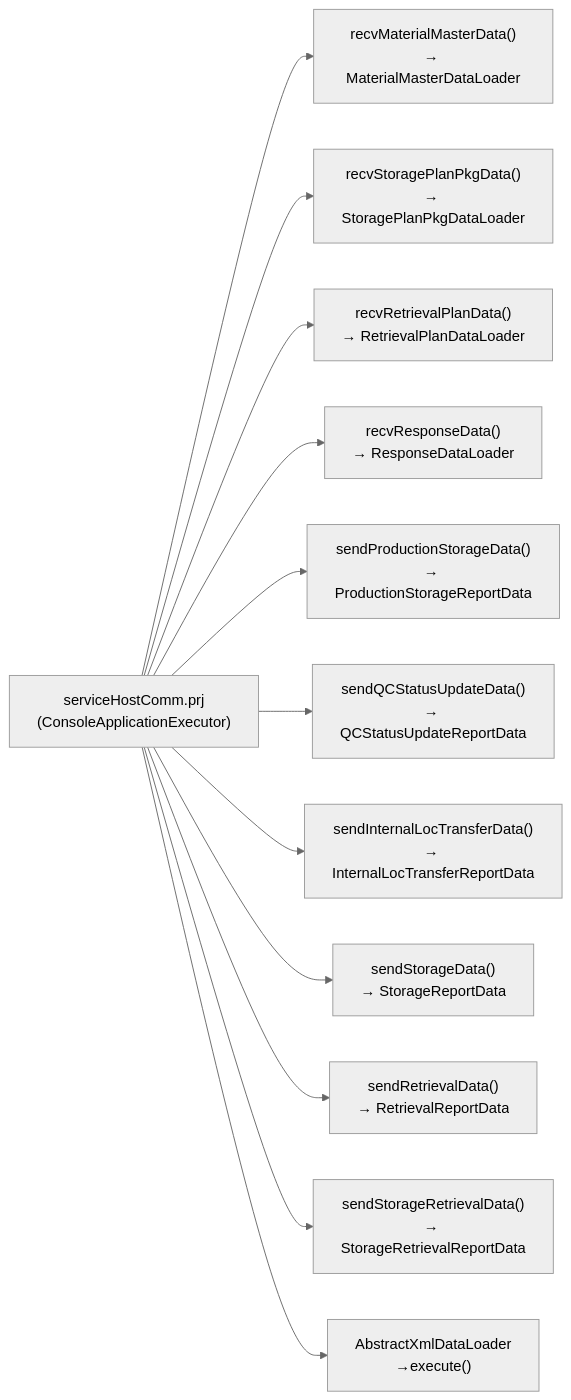
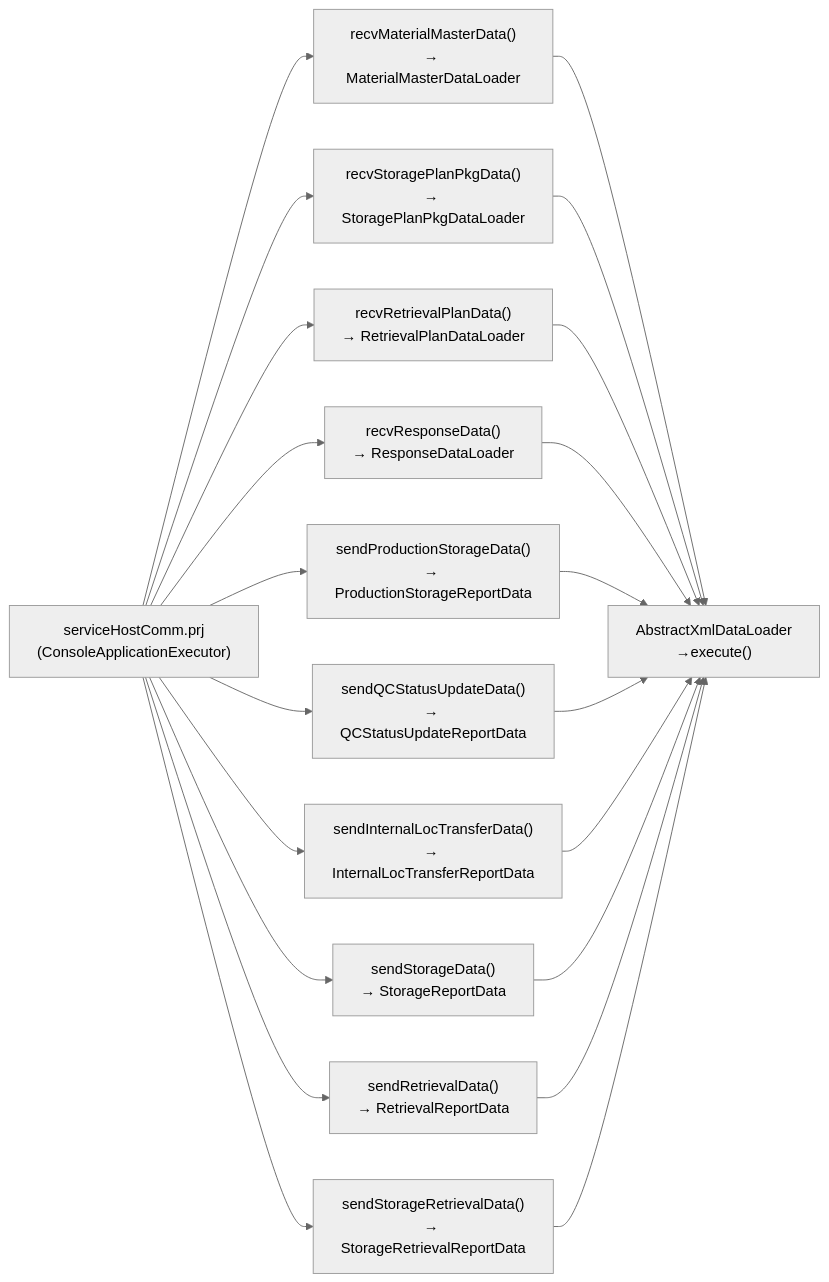
One commit to luthfiadityaa/SimeDarby-Wiki changed the diagram in Basic-Design/Host-Interfaces.md. Above: the diagram before and after it, drawn with Mermaid (neutral theme).

Commit message:
Updated Host Interfaces

```diff
--- a/Basic-Design/Host-Interfaces.md
+++ b/Basic-Design/Host-Interfaces.md
@@ -31,27 +31,36 @@
 ::: mermaid
 flowchart LR
         C1["serviceHostComm.prj<br>(ConsoleApplicationExecutor)"]
         C2["recvMaterialMasterData()<br>→ MaterialMasterDataLoader"]
         C3["recvStoragePlanPkgData()<br>→ StoragePlanPkgDataLoader"]
         C4["recvRetrievalPlanData()<br>→ RetrievalPlanDataLoader"]
         C5["recvResponseData()<br>→ ResponseDataLoader"]
         C6["sendProductionStorageData()<br>→ ProductionStorageReportData"]
         C7["sendQCStatusUpdateData()<br>→ QCStatusUpdateReportData"]
         C8["sendInternalLocTransferData()<br>→ InternalLocTransferReportData"]
         C9["sendStorageData()<br>→ StorageReportData"]
         C10["sendRetrievalData()<br>→ RetrievalReportData"]
         C11["sendStorageRetrievalData()<br>→ StorageRetrievalReportData"]
         C1 --> C2
         C1 --> C3
         C1 --> C4
         C1 --> C5
         C1 --> C6
         C1 --> C7
         C1 --> C8
         C1 --> C9
         C1 --> C10
         C1 --> C11
 
         C12["AbstractXmlDataLoader<br>→execute()"]
-        C1 --> C12
+        C2 --> C12
+        C3 --> C12
+        C4 --> C12
+        C5 --> C12
+        C6 --> C12
+        C7 --> C12
+        C8 --> C12
+        C9 --> C12
+        C10 --> C12
+        C11 --> C12
 :::
```
